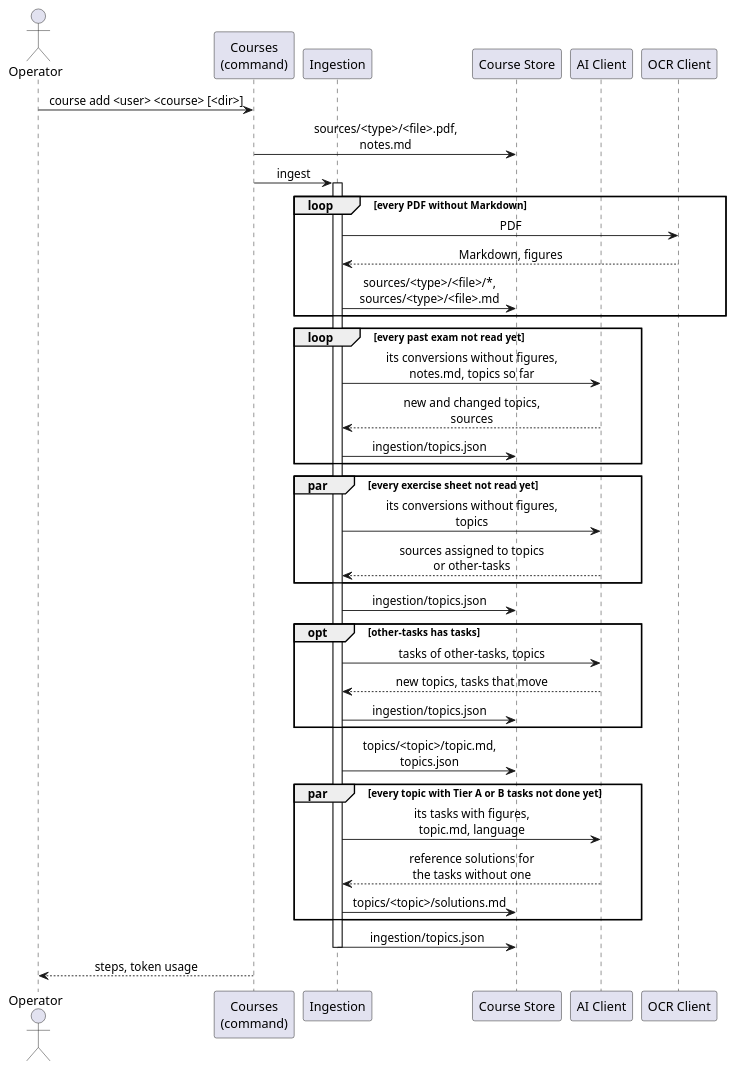
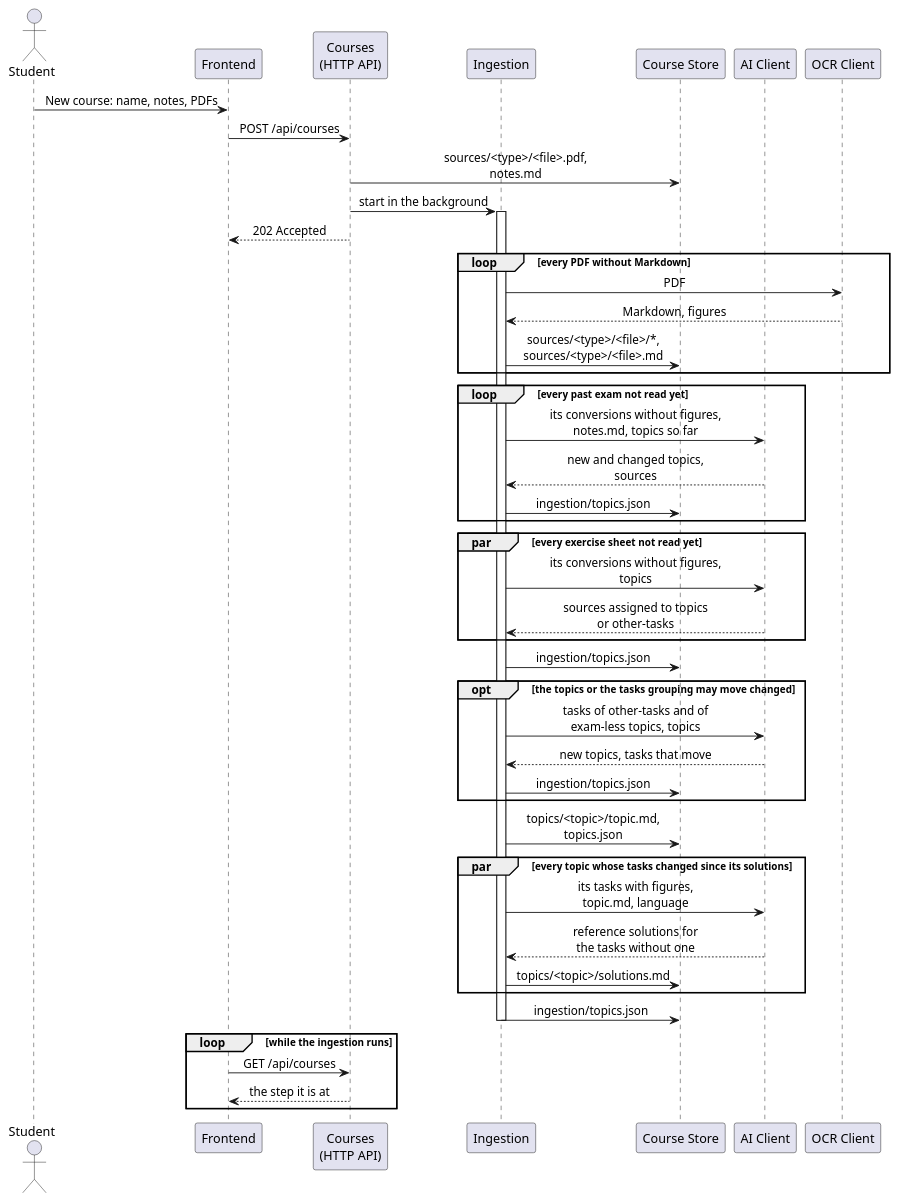
Before and after one commit to leon-hrk/iknownothing: the diagram in docs/arc42/diagrams/runtime-ingestion.puml, drawn with PlantUML. The commit also changed 30 other files, not shown here.

```diff
--- a/docs/arc42/diagrams/runtime-ingestion.puml
+++ b/docs/arc42/diagrams/runtime-ingestion.puml
@@ -1,51 +1,58 @@
 @startuml
 skinparam shadowing false
 skinparam defaultTextAlignment center
 
-actor "Operator" as operator
-participant "Courses\n(command)" as courses
+actor "Student" as student
+participant "Frontend" as frontend
+participant "Courses\n(HTTP API)" as courses
 participant "Ingestion" as ingestion
 participant "Course Store" as store
 participant "AI Client" as ai
 participant "OCR Client" as ocr
 
-operator -> courses : course add <user> <course> [<dir>]
+student -> frontend : New course: name, notes, PDFs
+frontend -> courses : POST /api/courses
 courses -> store : sources/<type>/<file>.pdf,\nnotes.md
-courses -> ingestion : ingest
+courses -> ingestion : start in the background
 activate ingestion
+courses --> frontend : 202 Accepted
 
 loop every PDF without Markdown
   ingestion -> ocr : PDF
   ocr --> ingestion : Markdown, figures
   ingestion -> store : sources/<type>/<file>/*,\nsources/<type>/<file>.md
 end
 
 loop every past exam not read yet
   ingestion -> ai : its conversions without figures,\nnotes.md, topics so far
   ai --> ingestion : new and changed topics,\nsources
   ingestion -> store : ingestion/topics.json
 end
 
 par every exercise sheet not read yet
   ingestion -> ai : its conversions without figures,\ntopics
   ai --> ingestion : sources assigned to topics\nor other-tasks
 end
 ingestion -> store : ingestion/topics.json
 
-opt other-tasks has tasks
-  ingestion -> ai : tasks of other-tasks, topics
+opt the topics or the tasks grouping may move changed
+  ingestion -> ai : tasks of other-tasks and of\nexam-less topics, topics
   ai --> ingestion : new topics, tasks that move
   ingestion -> store : ingestion/topics.json
 end
 
 ingestion -> store : topics/<topic>/topic.md,\ntopics.json
 
-par every topic with Tier A or B tasks not done yet
+par every topic whose tasks changed since its solutions
   ingestion -> ai : its tasks with figures,\ntopic.md, language
   ai --> ingestion : reference solutions for\nthe tasks without one
   ingestion -> store : topics/<topic>/solutions.md
 end
 ingestion -> store : ingestion/topics.json
 deactivate ingestion
-courses --> operator : steps, token usage
+
+loop while the ingestion runs
+  frontend -> courses : GET /api/courses
+  courses --> frontend : the step it is at
+end
 @enduml
```
